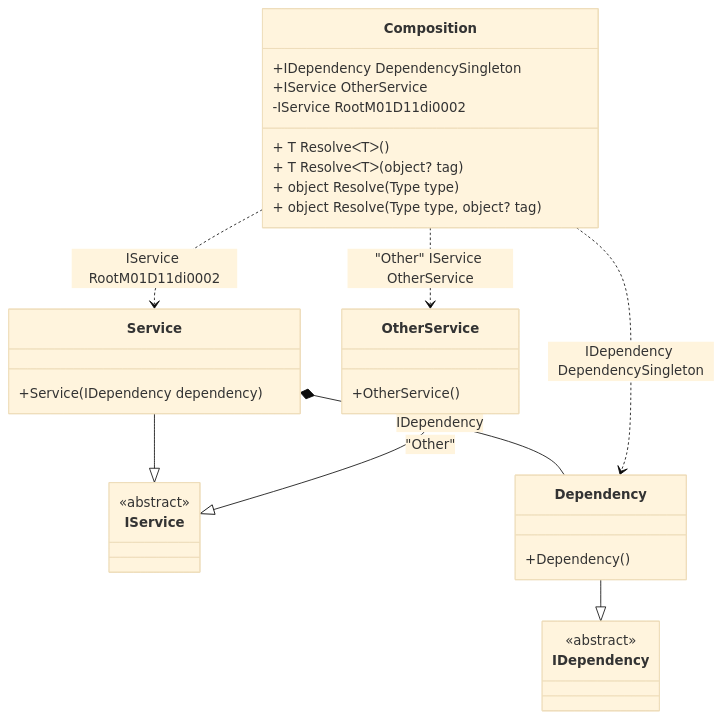
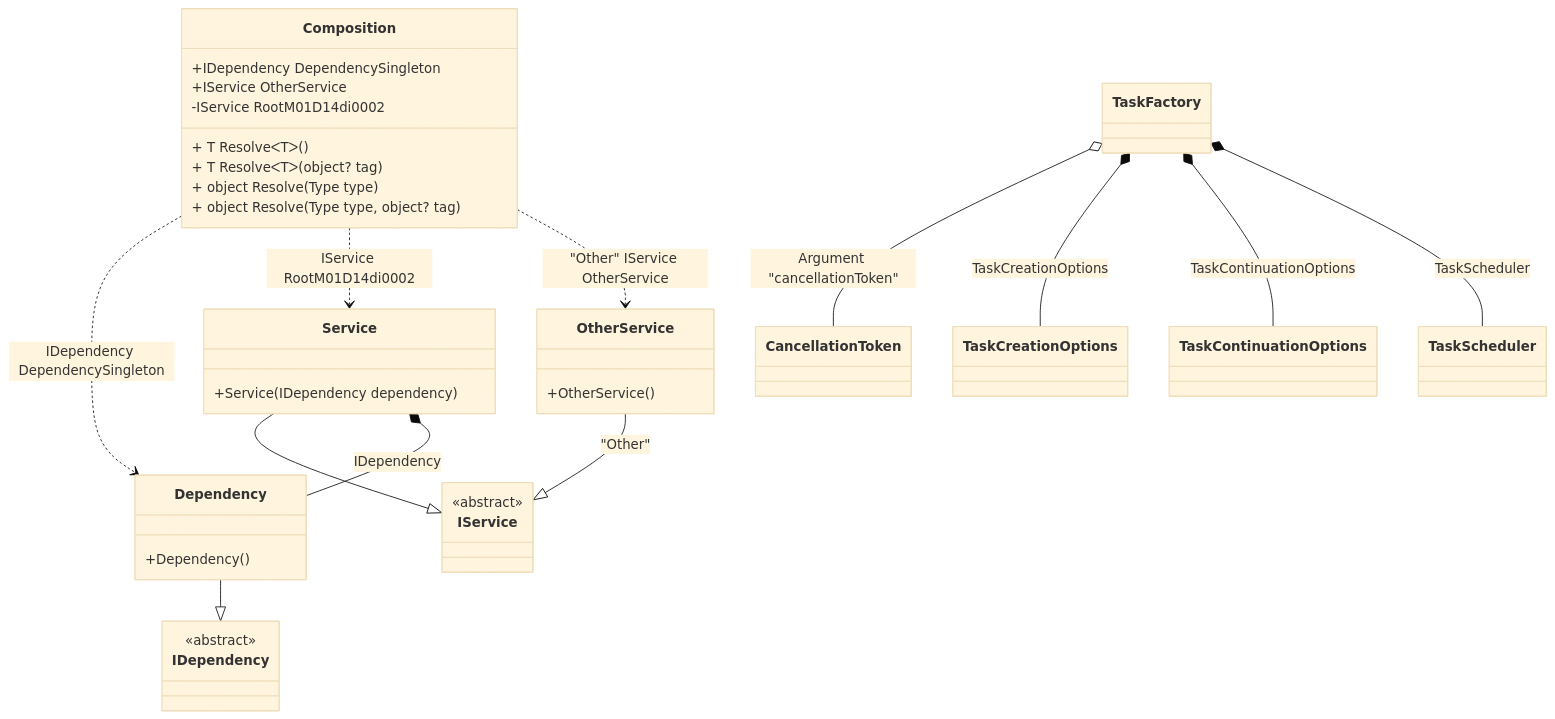
The diagram in readme/resolve-methods.md (DevTeam/Pure.DI), drawn with Mermaid (base theme) before and after one commit. The commit also changed other lines of this file and 75 other files, not shown here.

````diff
--- a/readme/resolve-methods.md
+++ b/readme/resolve-methods.md
@@ -45,34 +45,43 @@
 ```mermaid
 classDiagram
   class Composition {
     +IDependency DependencySingleton
     +IService OtherService
-    -IService RootM01D11di0002
+    -IService RootM01D14di0002
     + T ResolveᐸTᐳ()
     + T ResolveᐸTᐳ(object? tag)
     + object Resolve(Type type)
     + object Resolve(Type type, object? tag)
   }
   Service --|> IService : 
   class Service {
     +Service(IDependency dependency)
   }
   Dependency --|> IDependency : 
   class Dependency {
     +Dependency()
   }
   OtherService --|> IService : "Other" 
   class OtherService {
     +OtherService()
   }
+  class TaskScheduler
+  class TaskCreationOptions
+  class TaskContinuationOptions
+  class TaskFactory
+  class CancellationToken
   class IService {
     <<abstract>>
   }
   class IDependency {
     <<abstract>>
   }
   Service *--  Dependency : IDependency
+  TaskFactory o-- CancellationToken : Argument "cancellationToken"
+  TaskFactory *--  TaskCreationOptions : TaskCreationOptions
+  TaskFactory *--  TaskContinuationOptions : TaskContinuationOptions
+  TaskFactory *--  TaskScheduler : TaskScheduler
   Composition ..> Dependency : IDependency DependencySingleton
-  Composition ..> Service : IService RootM01D11di0002
+  Composition ..> Service : IService RootM01D14di0002
   Composition ..> OtherService : "Other" IService OtherService
 ```
````
